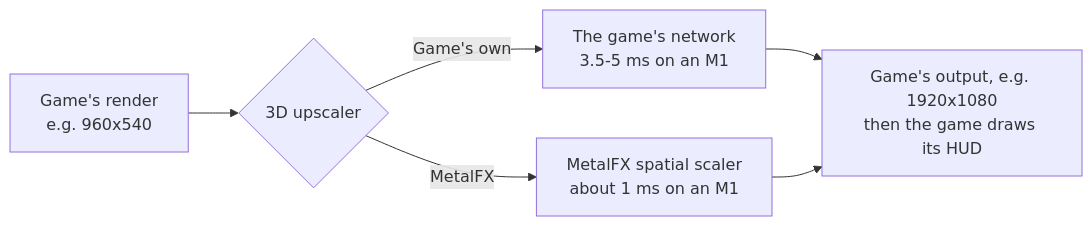
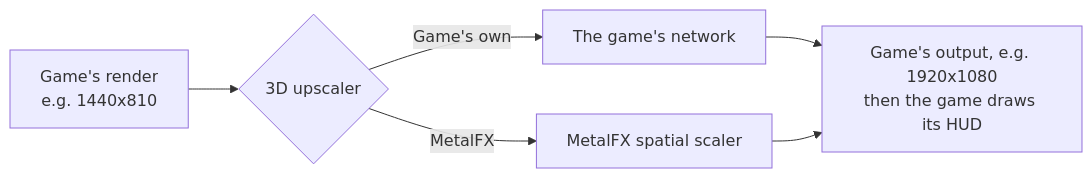
The second of 5 diagrams in docs/settings.md (SailorSnoW/nativenavi), drawn with Mermaid before and after one commit. The commit also changed other lines of this file and 64 other files, not shown here.

````diff
--- a/docs/settings.md
+++ b/docs/settings.md
@@ -67,8 +59,8 @@
 ```mermaid
 flowchart LR
-    R["Game's render<br/>e.g. 960x540"] --> U{3D upscaler}
-    U -->|Game's own| N["The game's network<br/>3.5-5 ms on an M1"]
-    U -->|MetalFX| M["MetalFX spatial scaler<br/>about 1 ms on an M1"]
+    R["Game's render<br/>e.g. 1440x810"] --> U{3D upscaler}
+    U -->|Game's own| N["The game's network"]
+    U -->|MetalFX| M["MetalFX spatial scaler"]
     N --> O["Game's output, e.g. 1920x1080<br/>then the game draws its HUD"]
     M --> O
 ```
````
